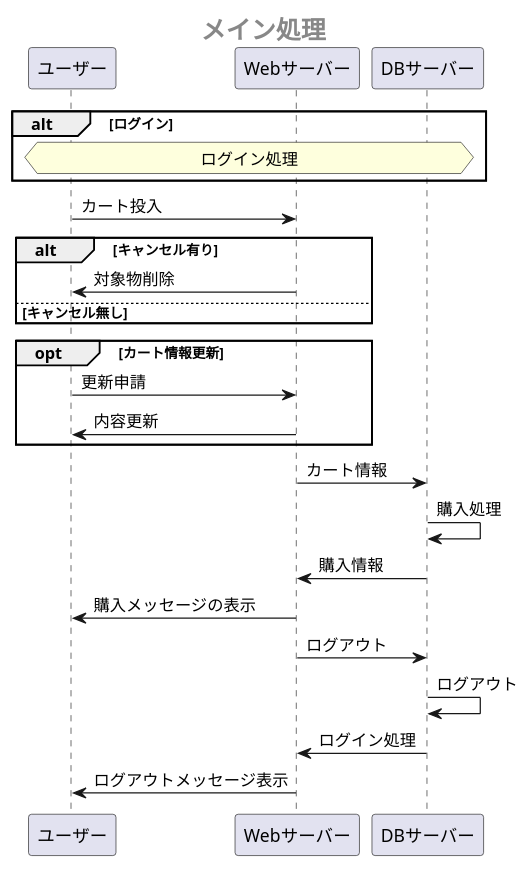
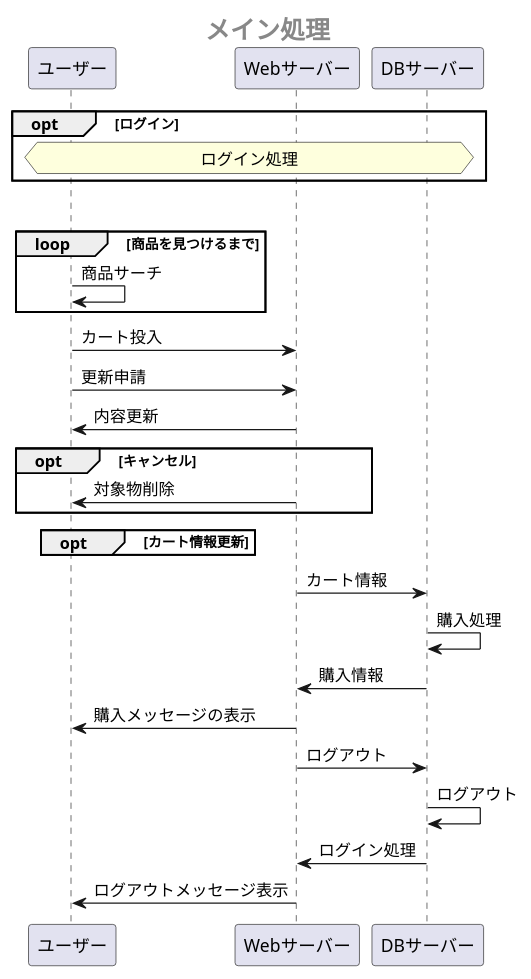
The first of 2 diagrams in sample/OperationFrow.md (Aso2001385/2021sys-design), drawn with PlantUML before and after one commit.

````diff
--- a/sample/OperationFrow.md
+++ b/sample/OperationFrow.md
@@ -1,37 +1,39 @@
 ```uml 
 @startuml 
 center header <size:20><b>メイン処理</b></size>
 
-
-alt ログイン
+opt ログイン
  hnote across: ログイン処理
 end
-ユーザー -> Webサーバー:カート投入
 
+loop 購入するまで
+ loop 商品を見つけるまで
+  ユーザー -> ユーザー:商品サーチ
+ end
+ 
+ ユーザー -> Webサーバー:カート投入
+ ユーザー -> Webサーバー:更新申請
+ Webサーバー ->ユーザー:内容更新
+ 
+ opt キャンセル
+  Webサーバー ->ユーザー:対象物削除
+ end
 
-
-  
-  alt キャンセル有り
-      Webサーバー ->ユーザー:対象物削除
-    else キャンセル無し
-  end
-  
-  opt カート情報更新
-      ユーザー -> Webサーバー:更新申請
-      Webサーバー ->ユーザー:内容更新
-  end
+ opt カート情報更新
+     
+ end
   
 Webサーバー -> DBサーバー:カート情報
 DBサーバー -> DBサーバー:購入処理
 DBサーバー -> Webサーバー:購入情報
 Webサーバー ->ユーザー:購入メッセージの表示
 
  
 
 Webサーバー -> DBサーバー:ログアウト
 DBサーバー -> DBサーバー:ログアウト
 DBサーバー -> Webサーバー:ログイン処理
 Webサーバー ->ユーザー:ログアウトメッセージ表示
 
 @enduml
 ```
````
